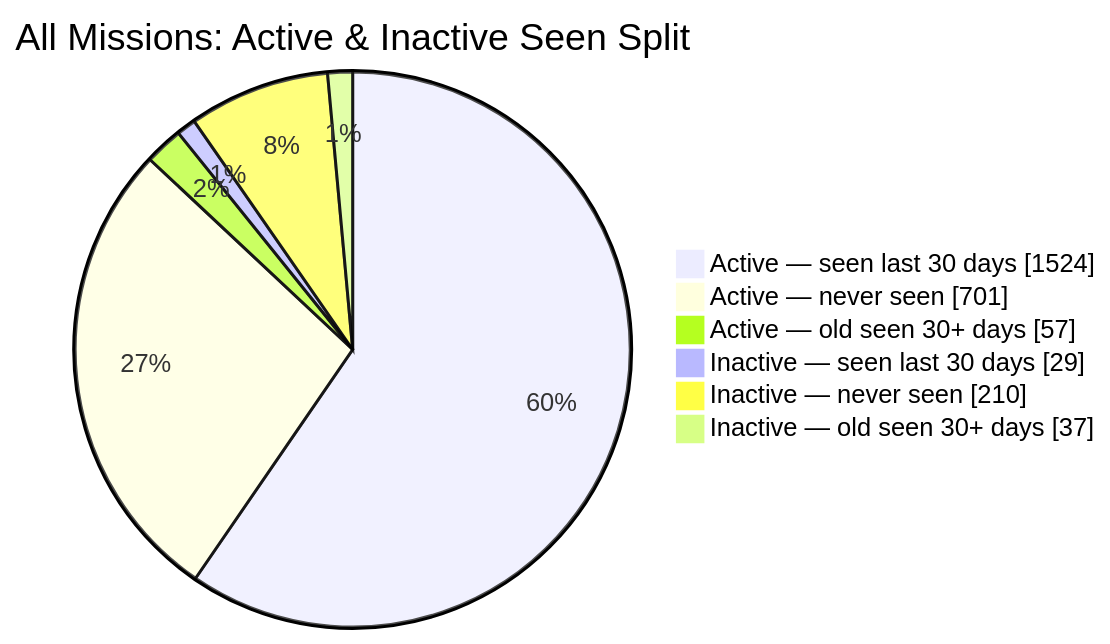
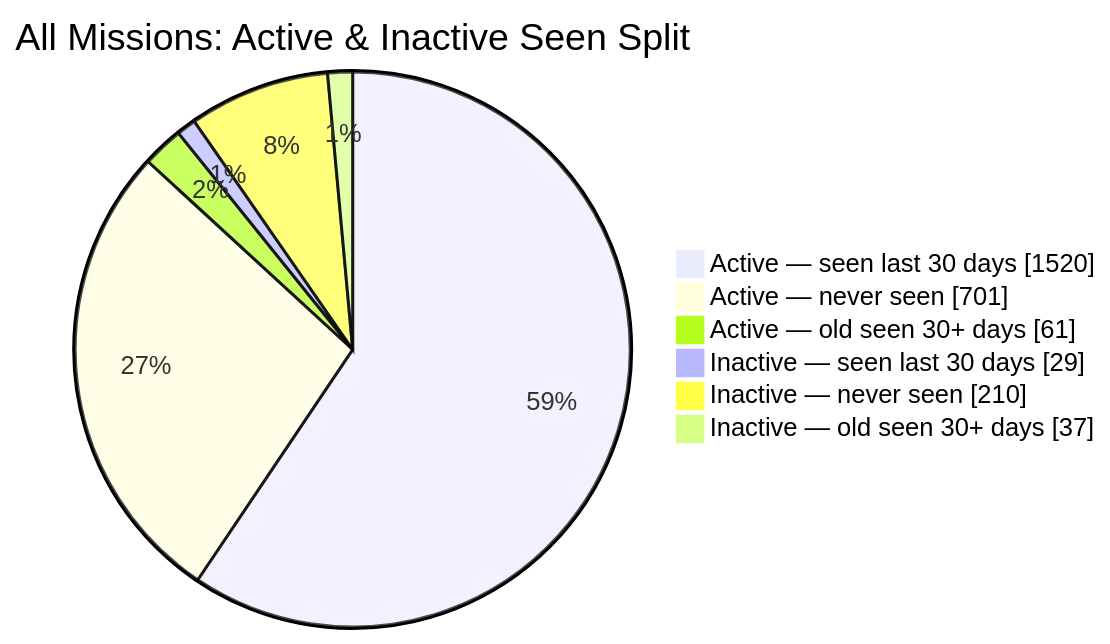
The second of 2 diagrams in README.md (MeldkamerspelGameTeam/active-missions), drawn with Mermaid before and after one commit. The commit also changed other lines of this file and 2 other files, not shown here.

````diff
--- a/README.md
+++ b/README.md
@@ -44,10 +44,10 @@
 ```mermaid
 pie showData
     title All Missions: Active & Inactive Seen Split
-    "Active — seen last 30 days" : 1524
+    "Active — seen last 30 days" : 1520
     "Active — never seen" : 701
-    "Active — old seen 30+ days" : 57
+    "Active — old seen 30+ days" : 61
     "Inactive — seen last 30 days" : 29
     "Inactive — never seen" : 210
     "Inactive — old seen 30+ days" : 37
 ```
````
